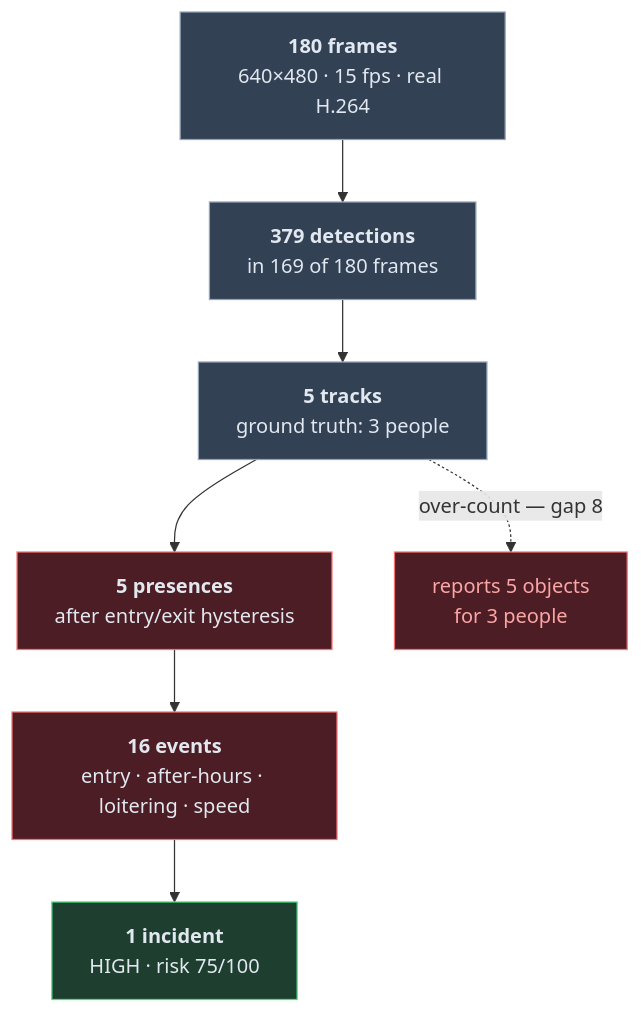
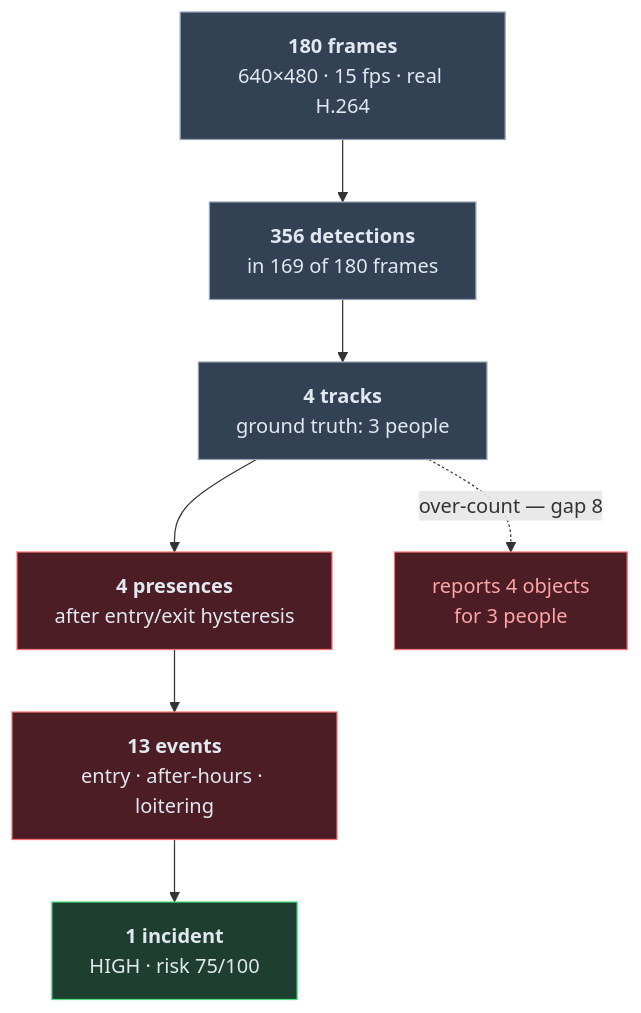
One commit to haidar-farhat/V.I.G.I.L._Vision_Intelligence_and_Geospatial_ncident_Layer changed the second of 3 diagrams in STATUS.md. Above: the diagram before and after it, drawn with Mermaid. The commit also changed other lines of this file and 8 other files, not shown here.

````diff
--- a/STATUS.md
+++ b/STATUS.md
@@ -138,20 +138,20 @@
 ```mermaid
 flowchart TD
     A["<b>180 frames</b><br/>640×480 · 15 fps · real H.264"]
-    B["<b>379 detections</b><br/>in 169 of 180 frames"]
-    C["<b>5 tracks</b><br/>ground truth: 3 people"]
-    D["<b>5 presences</b><br/>after entry/exit hysteresis"]
-    E["<b>16 events</b><br/>entry · after-hours · loitering · speed"]
+    B["<b>356 detections</b><br/>in 169 of 180 frames"]
+    C["<b>4 tracks</b><br/>ground truth: 3 people"]
+    D["<b>4 presences</b><br/>after entry/exit hysteresis"]
+    E["<b>13 events</b><br/>entry · after-hours · loitering"]
     F["<b>1 incident</b><br/>HIGH · risk 75/100"]
 
     A --> B --> C --> D --> E --> F
-    C -.->|"over-count — gap 8"| X["reports 5 objects<br/>for 3 people"]
+    C -.->|"over-count — gap 8"| X["reports 4 objects<br/>for 3 people"]
 
     style A fill:#334155,stroke:#94a3b8,color:#e2e8f0
     style B fill:#334155,stroke:#94a3b8,color:#e2e8f0
     style C fill:#334155,stroke:#94a3b8,color:#e2e8f0
     style D fill:#4c1d24,stroke:#f87171,color:#e2e8f0
     style E fill:#4c1d24,stroke:#f87171,color:#e2e8f0
     style F fill:#1e3f2f,stroke:#4ade80,color:#e2e8f0
     style X fill:#4c1d24,stroke:#f87171,color:#fca5a5
 ```
````
